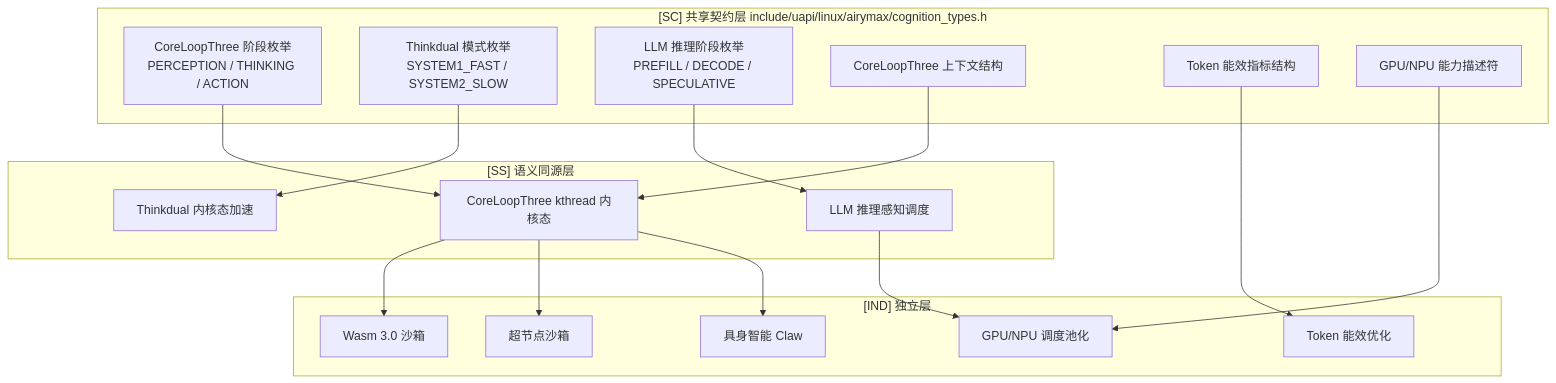
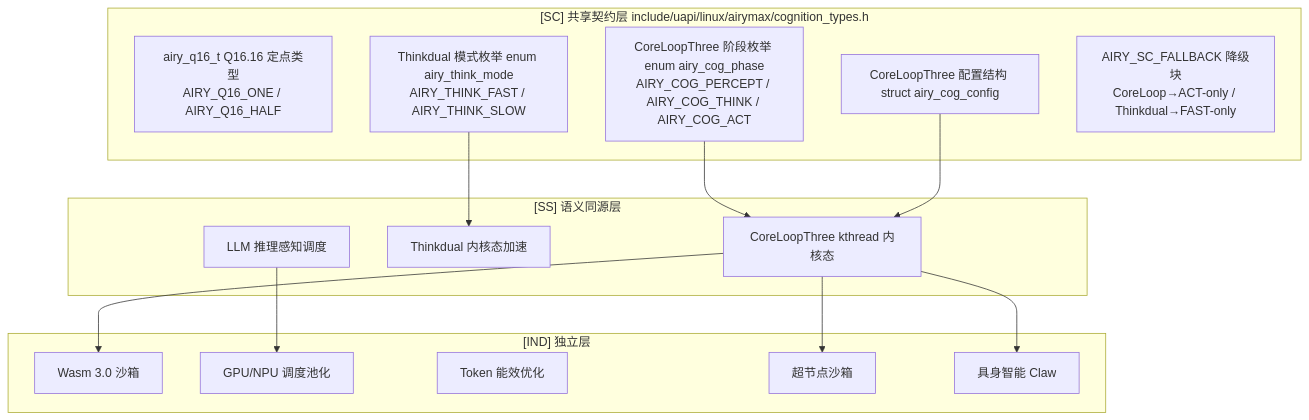
Before and after one commit to openairymax/docs-linux: the first of 3 diagrams in 20-modules/05-cognition.md, drawn with Mermaid. The commit also changed other lines of this file and 50 other files, not shown here.

Commit message:
docs: 统一更新项目文档中的命名与路径对齐SSoT 本次提交统一修正了全项目文档中的多处不一致内容： 1. 将CoreLoopThree阶段枚举从PERCEPTION/THINKING/ACTION改为AIRY_COG_PERCEPT/THINK/ACT 2. 将Thinkdual模式枚举从SYSTEM1_FAST/SYSTEM2_SLOW改为AIRY_THINK_FAST/SLOW

````diff
--- a/20-modules/05-cognition.md
+++ b/20-modules/05-cognition.md
@@ -194,33 +195,29 @@
 ```mermaid
 graph TD
     subgraph SC["[SC] 共享契约层 include/uapi/linux/airymax/cognition_types.h"]
-        CLT[CoreLoopThree 阶段枚举<br/>PERCEPTION / THINKING / ACTION]
-        TD2[Thinkdual 模式枚举<br/>SYSTEM1_FAST / SYSTEM2_SLOW]
-        LLM[LLM 推理阶段枚举<br/>PREFILL / DECODE / SPECULATIVE]
-        CTX[CoreLoopThree 上下文结构]
-        ENERGY[Token 能效指标结构]
-        GPUDESC[GPU/NPU 能力描述符]
+        Q16[airy_q16_t Q16.16 定点类型<br/>AIRY_Q16_ONE / AIRY_Q16_HALF]
+        CLT[CoreLoopThree 阶段枚举 enum airy_cog_phase<br/>AIRY_COG_PERCEPT / AIRY_COG_THINK / AIRY_COG_ACT]
+        TD2[Thinkdual 模式枚举 enum airy_think_mode<br/>AIRY_THINK_FAST / AIRY_THINK_SLOW]
+        CFG[CoreLoopThree 配置结构 struct airy_cog_config]
+        DSL[AIRY_SC_FALLBACK 降级块<br/>CoreLoop→ACT-only / Thinkdual→FAST-only]
     end
     subgraph SS["[SS] 语义同源层"]
         KTHREAD[CoreLoopThree kthread 内核态]
         THINKACC[Thinkdual 内核态加速]
         SCHED[LLM 推理感知调度]
     end
     subgraph IND["[IND] 独立层"]
         WASM[Wasm 3.0 沙箱]
         GPUPOOL[GPU/NPU 调度池化]
         TOKENEFF[Token 能效优化]
         HYPER[超节点沙箱]
         CLAW[具身智能 Claw]
     end
     CLT --> KTHREAD
     TD2 --> THINKACC
-    LLM --> SCHED
-    CTX --> KTHREAD
+    CFG --> KTHREAD
     KTHREAD --> WASM
     KTHREAD --> HYPER
     SCHED --> GPUPOOL
-    ENERGY --> TOKENEFF
-    GPUDESC --> GPUPOOL
     KTHREAD --> CLAW
 ```
````
